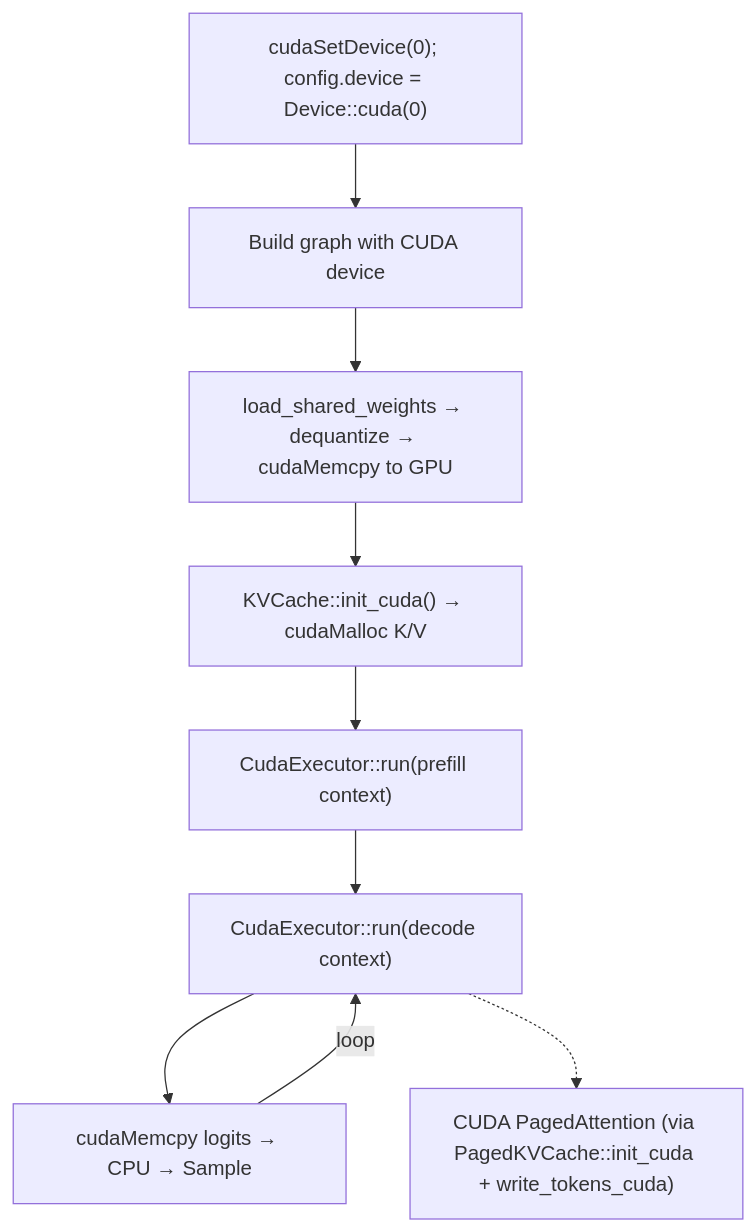
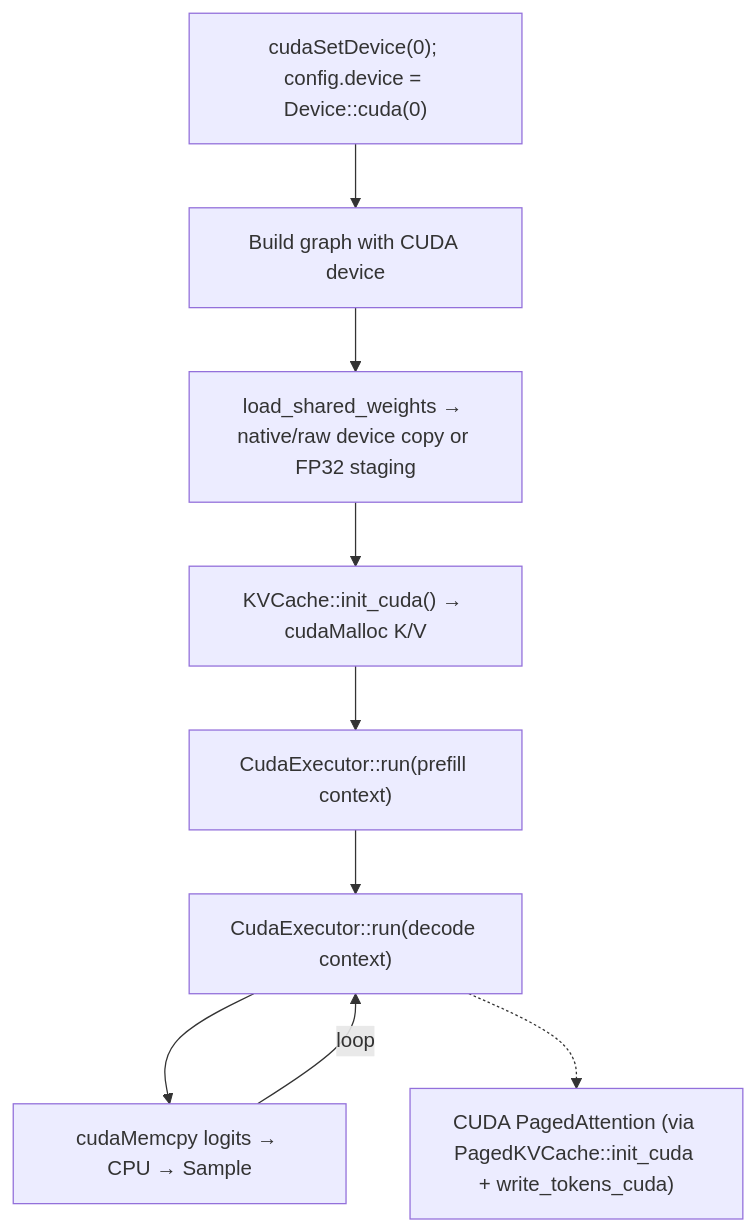
One commit to plutoaac/llmengine changed the fourth of 6 diagrams in docs/runtime_flows.md. Above: the diagram before and after it, drawn with Mermaid. The commit also changed other lines of this file and 13 other files, not shown here.

Commit message:
Add CUDA Q8 kernels and GPU parity docs

````diff
--- a/docs/runtime_flows.md
+++ b/docs/runtime_flows.md
@@ -92,12 +94,12 @@
 ```mermaid
 flowchart TD
     CudaSetup["cudaSetDevice(0); config.device = Device::cuda(0)"] --> CudaGraph["Build graph with CUDA device"]
-    CudaGraph --> CudaWeights["load_shared_weights → dequantize → cudaMemcpy to GPU"]
+    CudaGraph --> CudaWeights["load_shared_weights → native/raw device copy or FP32 staging"]
     CudaWeights --> CudaCache["KVCache::init_cuda() → cudaMalloc K/V"]
     CudaCache --> CudaPrefill["CudaExecutor::run(prefill context)"]
     CudaPrefill --> CudaDecode["CudaExecutor::run(decode context)"]
     CudaDecode --> CudaSample["cudaMemcpy logits → CPU → Sample"]
     CudaSample -->|"loop"| CudaDecode
 
     CudaDecode -.-> CudaPaged["CUDA PagedAttention (via PagedKVCache::init_cuda + write_tokens_cuda)"]
 ```
````
